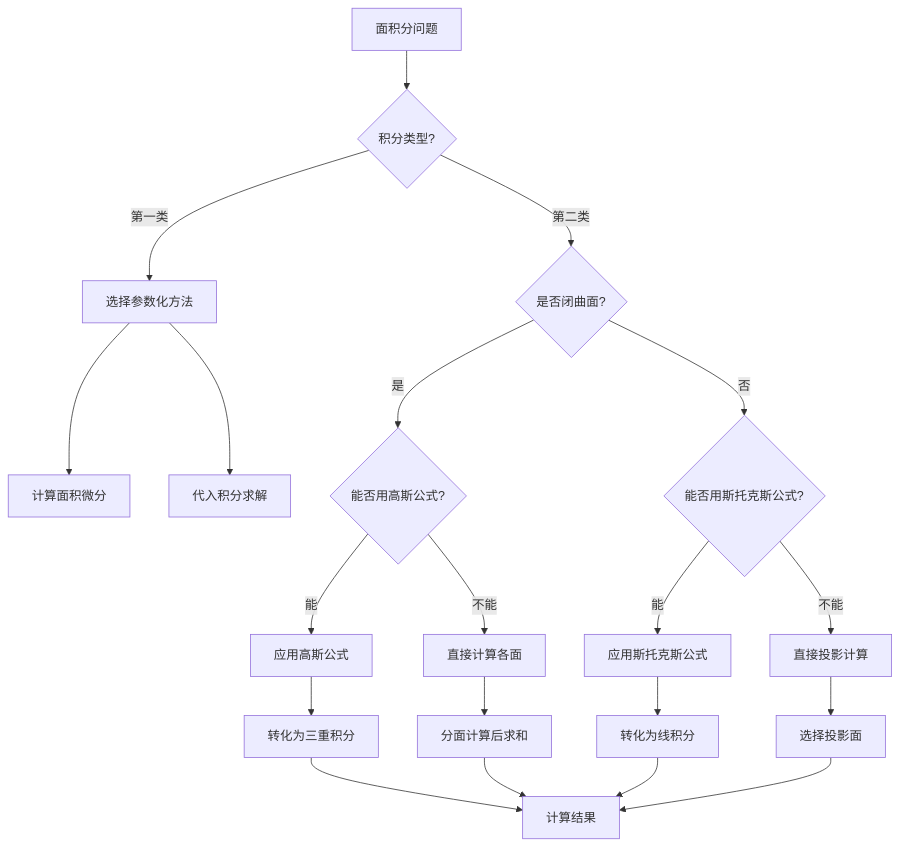
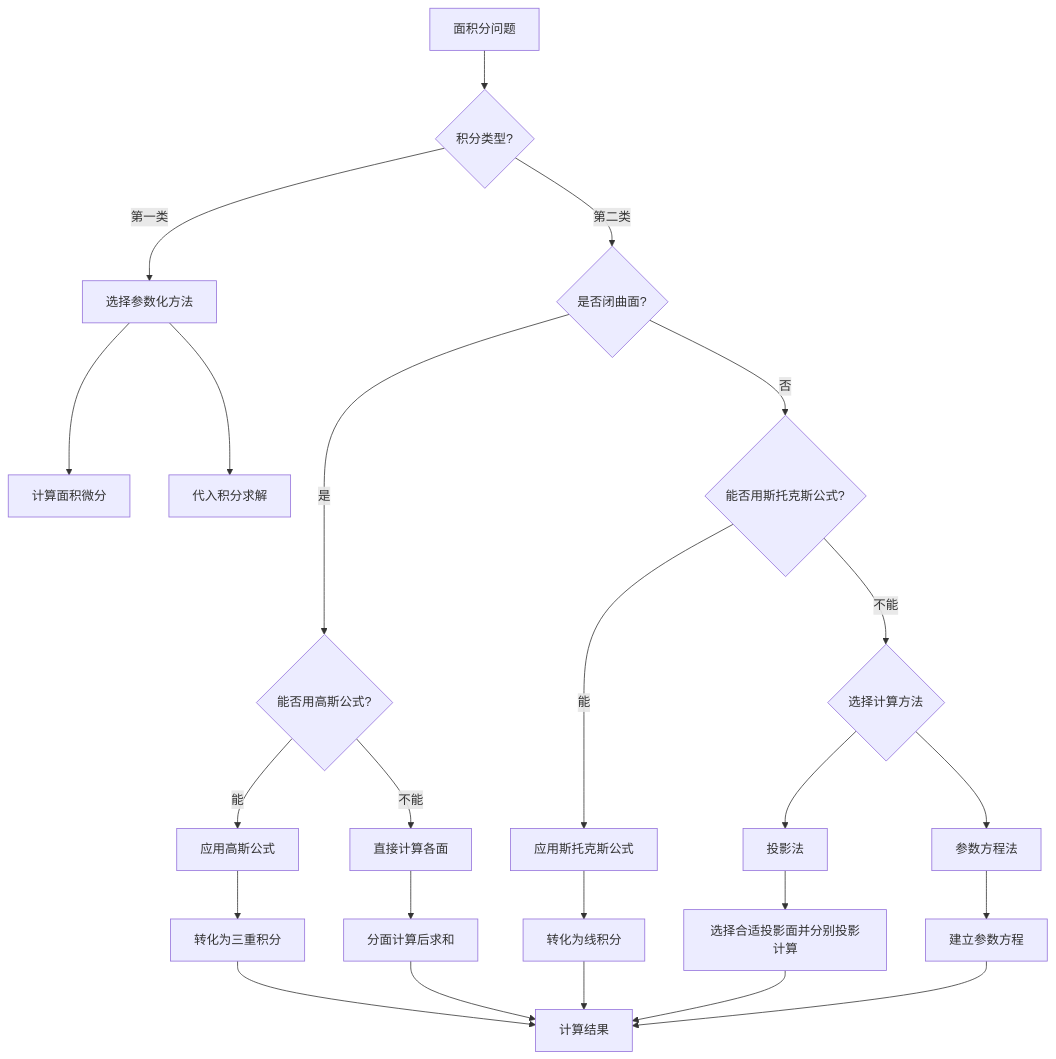
Before and after one commit to Dtheme/CS-base: the diagram in 高等数学/8.3面积分理论与计算.md, drawn with Mermaid. The commit also changed other lines of this file and 19 other files, not shown here.

Commit message:
重积分图像更新

````diff
--- a/高等数学/8.3面积分理论与计算.md
+++ b/高等数学/8.3面积分理论与计算.md
@@ -572,29 +596,34 @@
 ```mermaid
 flowchart TD
     A[面积分问题] --> B{积分类型?}
     
     B -->|第一类| C[选择参数化方法]
     B -->|第二类| D{是否闭曲面?}
     
     C --> E[计算面积微分]
     C --> F[代入积分求解]
     
     D -->|是| G{能否用高斯公式?}
     D -->|否| H{能否用斯托克斯公式?}
     
     G -->|能| I[应用高斯公式]
     G -->|不能| J[直接计算各面]
     
     H -->|能| K[应用斯托克斯公式]
-    H -->|不能| L[直接投影计算]
+    H -->|不能| L{选择计算方法}
     
-    I --> M[转化为三重积分]
-    J --> N[分面计算后求和]
-    K --> O[转化为线积分]
-    L --> P[选择投影面]
+    L --> M[投影法]
+    L --> N[参数方程法]
     
-    M --> Q[计算结果]
-    N --> Q
-    O --> Q
-    P --> Q
+    I --> O[转化为三重积分]
+    J --> P[分面计算后求和]
+    K --> Q[转化为线积分]
+    M --> R[选择合适投影面并分别投影计算]
+    N --> S[建立参数方程]
+    
+    O --> T[计算结果]
+    P --> T
+    Q --> T
+    R --> T
+    S --> T
 ```
````
